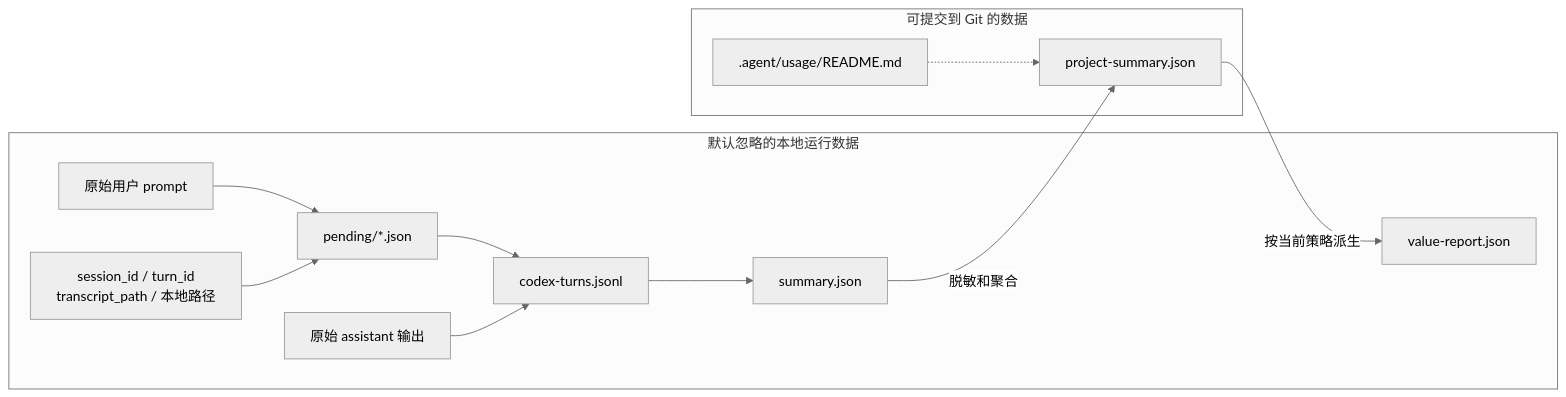
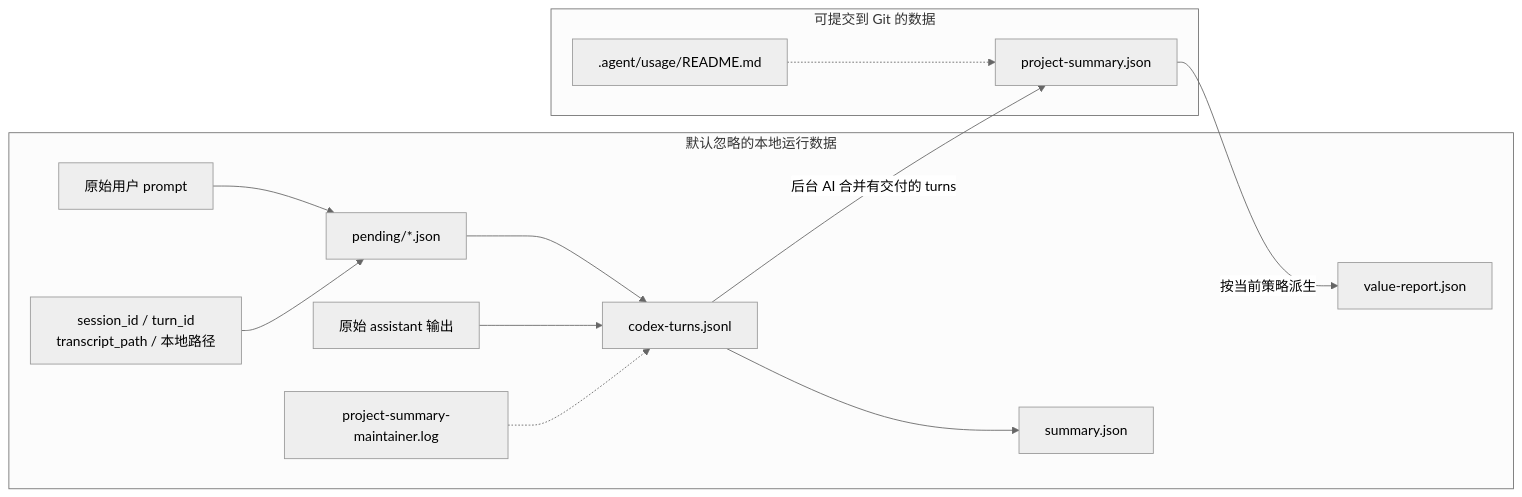
The fifth of 6 diagrams in docs/design_zh.md (netlayer-team/agent-handoff-metrics-bootstrap), drawn with Mermaid (neutral theme) before and after one commit. The commit also changed other lines of this file and 6 other files, not shown here.

Commit message:
feat(metrics): add task-level value summary maintainer

````diff
--- a/docs/design_zh.md
+++ b/docs/design_zh.md
@@ -148,26 +160,28 @@
 ```mermaid
 flowchart LR
   subgraph LocalOnly["默认忽略的本地运行数据"]
     Prompt["原始用户 prompt"]
     Assistant["原始 assistant 输出"]
     Session["session_id / turn_id<br/>transcript_path / 本地路径"]
     PendingFile["pending/*.json"]
     RawFile["codex-turns.jsonl"]
     FullFile["summary.json"]
     ValueFile["value-report.json"]
+    MaintainerLog["project-summary-maintainer.log"]
   end
 
   subgraph CommitSafe["可提交到 Git 的数据"]
     PublicFile["project-summary.json"]
     UsageReadme[".agent/usage/README.md"]
   end
 
   Prompt --> PendingFile
   Session --> PendingFile
   PendingFile --> RawFile
   Assistant --> RawFile
   RawFile --> FullFile
-  FullFile -->|"脱敏和聚合"| PublicFile
+  RawFile -->|"后台 AI 合并有交付的 turns"| PublicFile
+  MaintainerLog -.-> RawFile
   PublicFile -->|"按当前策略派生"| ValueFile
   UsageReadme -.-> PublicFile
 ```
````
